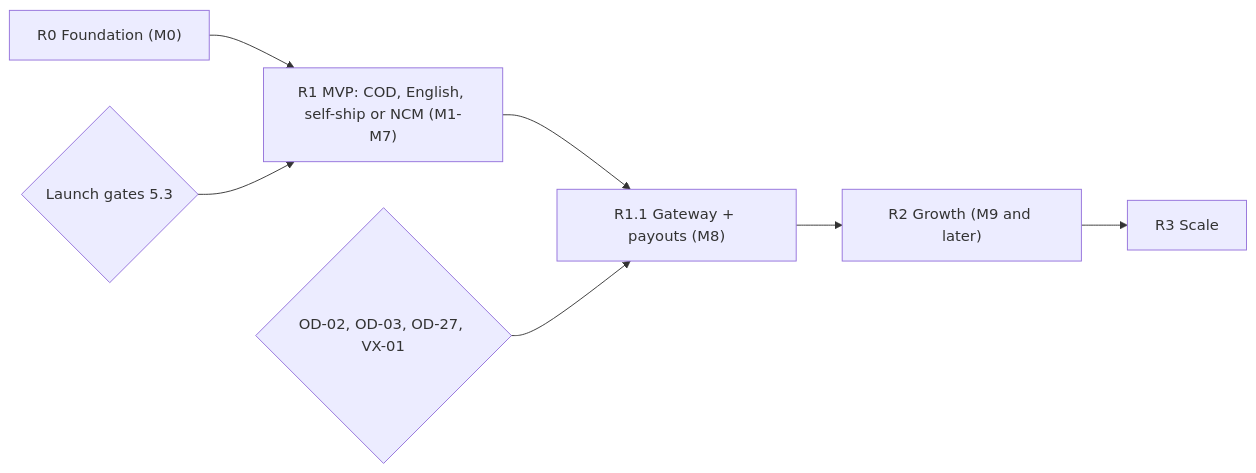
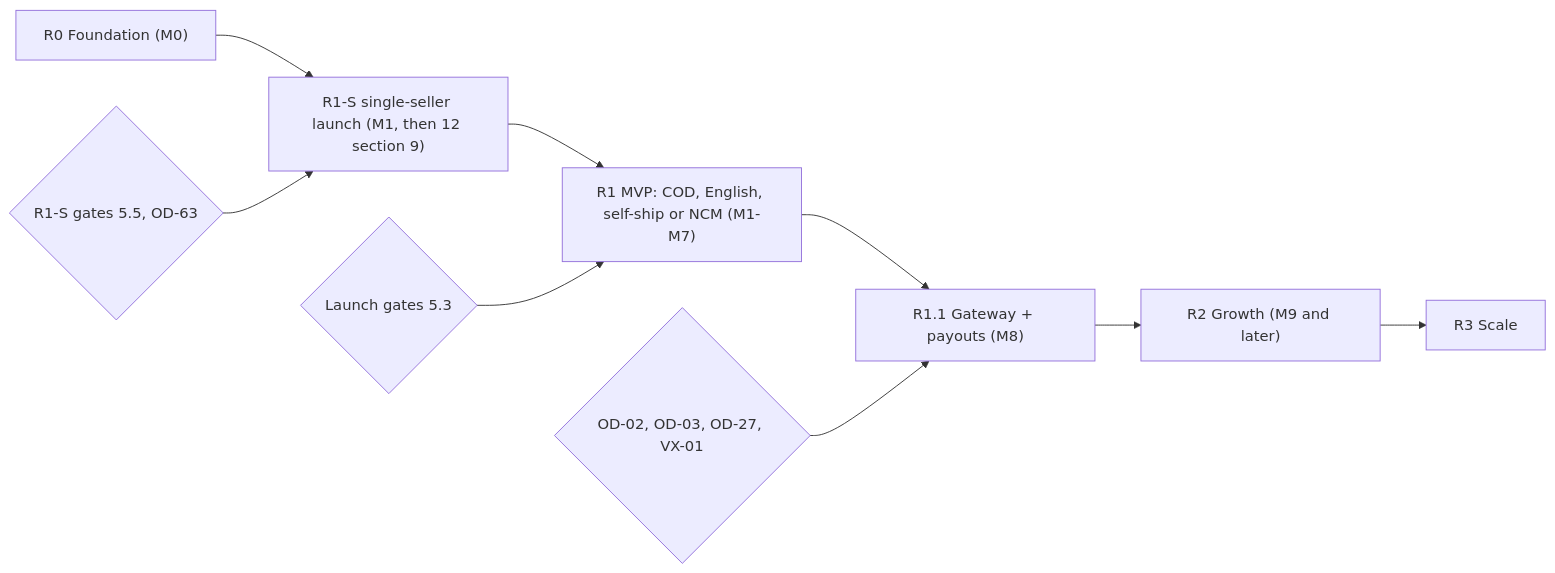
One commit to harublank0-0/drip-nepal changed the third of 3 diagrams in docs/01-product-requirements.md. Above: the diagram before and after it, drawn with Mermaid. The commit also changed other lines of this file and 11 other files, not shown here.

````diff
--- a/docs/01-product-requirements.md
+++ b/docs/01-product-requirements.md
@@ -292,9 +295,11 @@
 ```mermaid
 flowchart LR
-  R0["R0 Foundation (M0)"] --> R1["R1 MVP: COD, English, self-ship or NCM (M1-M7)"]
+  R0["R0 Foundation (M0)"] --> R1S["R1-S single-seller launch (M1, then 12 section 9)"]
+  R1S --> R1["R1 MVP: COD, English, self-ship or NCM (M1-M7)"]
   R1 --> R11["R1.1 Gateway + payouts (M8)"]
   R11 --> R2["R2 Growth (M9 and later)"]
   R2 --> R3["R3 Scale"]
   G1{"Launch gates 5.3"} --> R1
+  G0{"R1-S gates 5.5, OD-63"} --> R1S
   G2{"OD-02, OD-03, OD-27, VX-01"} --> R11
 ```
````
